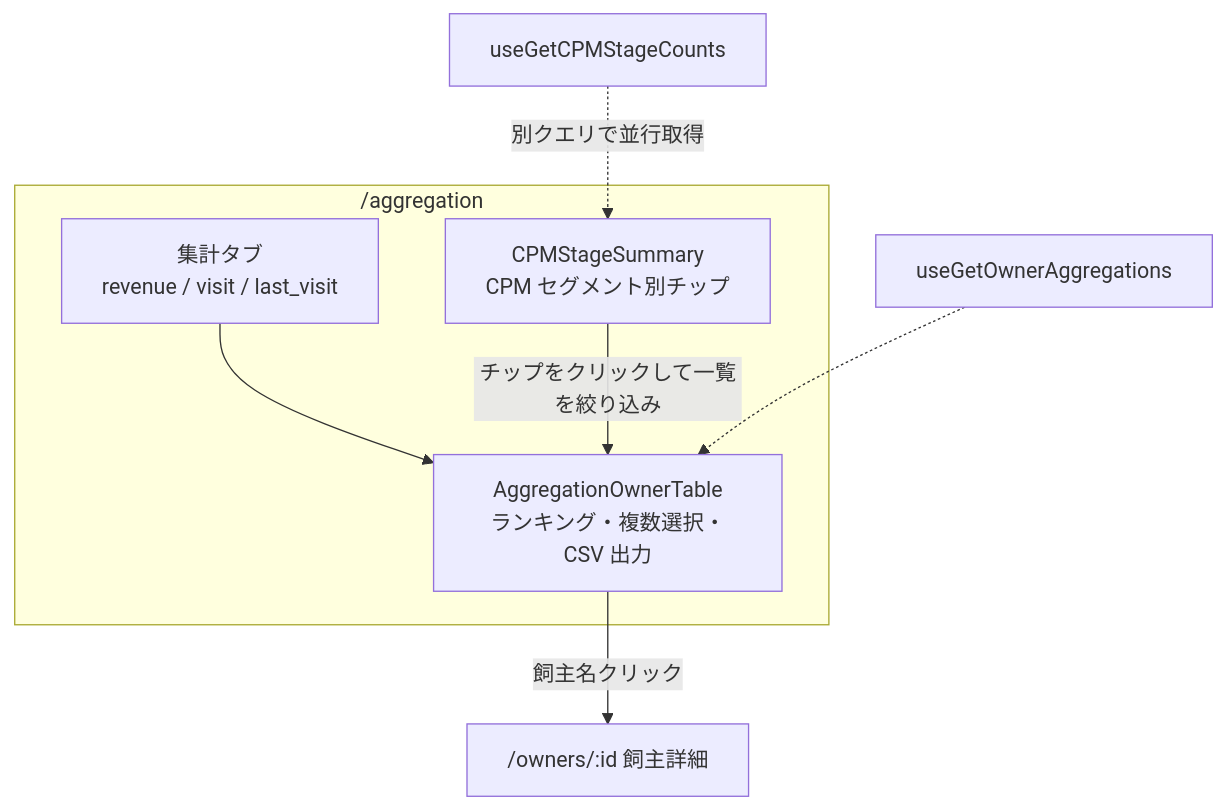
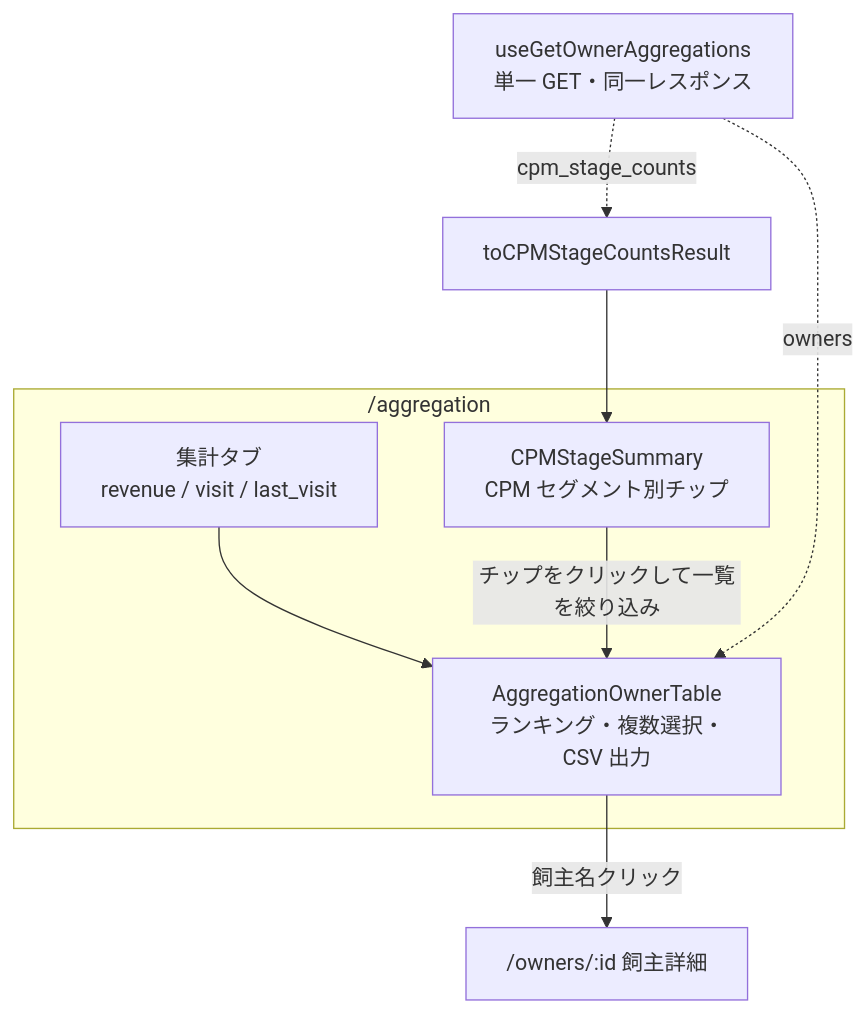
Before and after one commit to MinoruSoga/AnimalEkarte: the diagram in docs/spec/screens/36-aggregation-dashboard.md, drawn with Mermaid. The commit also changed other lines of this file and 14 other files, not shown here.

````diff
--- a/docs/spec/screens/36-aggregation-dashboard.md
+++ b/docs/spec/screens/36-aggregation-dashboard.md
@@ -34,13 +34,14 @@
 ```mermaid
 flowchart TB
     subgraph Page["/aggregation"]
         Tabs["集計タブ<br/>revenue / visit / last_visit"]
         Sum["CPMStageSummary<br/>CPM セグメント別チップ"]
         Tbl["AggregationOwnerTable<br/>ランキング・複数選択・CSV 出力"]
         Tabs --> Tbl
         Sum -->|"チップをクリックして一覧を絞り込み"| Tbl
     end
-    Q1["useGetCPMStageCounts"] -.->|"別クエリで並行取得"| Sum
-    Q2["useGetOwnerAggregations"] -.-> Tbl
+    Q["useGetOwnerAggregations<br/>単一 GET・同一レスポンス"] -.->|"owners"| Tbl
+    Q -.->|"cpm_stage_counts"| Counts["toCPMStageCountsResult"]
+    Counts --> Sum
     Tbl -->|"飼主名クリック"| Owner["/owners/:id 飼主詳細"]
 ```
````
